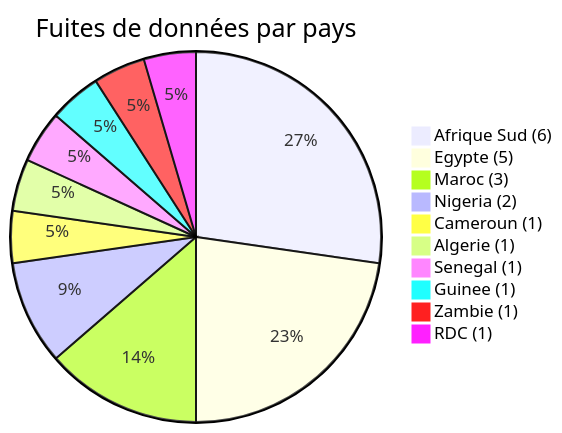
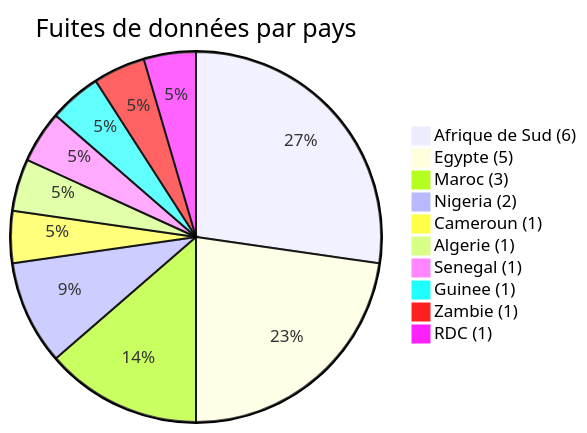
The third of 5 diagrams in CyberAttackAfrica/2026/03-march/README_FR.md (Hatchepsoute/AFRINTEL), drawn with Mermaid before and after one commit. The commit also changed other lines of this file and 88 other files, not shown here.

````diff
--- a/CyberAttackAfrica/2026/03-march/README_FR.md
+++ b/CyberAttackAfrica/2026/03-march/README_FR.md
@@ -109,14 +109,14 @@
 ```mermaid
 pie
     title Fuites de données par pays
-    "Afrique Sud (6)" : 6
+    "Afrique de Sud (6)" : 6
     "Egypte (5)" : 5
     "Maroc (3)" : 3
     "Nigeria (2)" : 2
     "Cameroun (1)" : 1
     "Algerie (1)" : 1
     "Senegal (1)" : 1
     "Guinee (1)" : 1
     "Zambie (1)" : 1
     "RDC (1)" : 1
 ```
````
